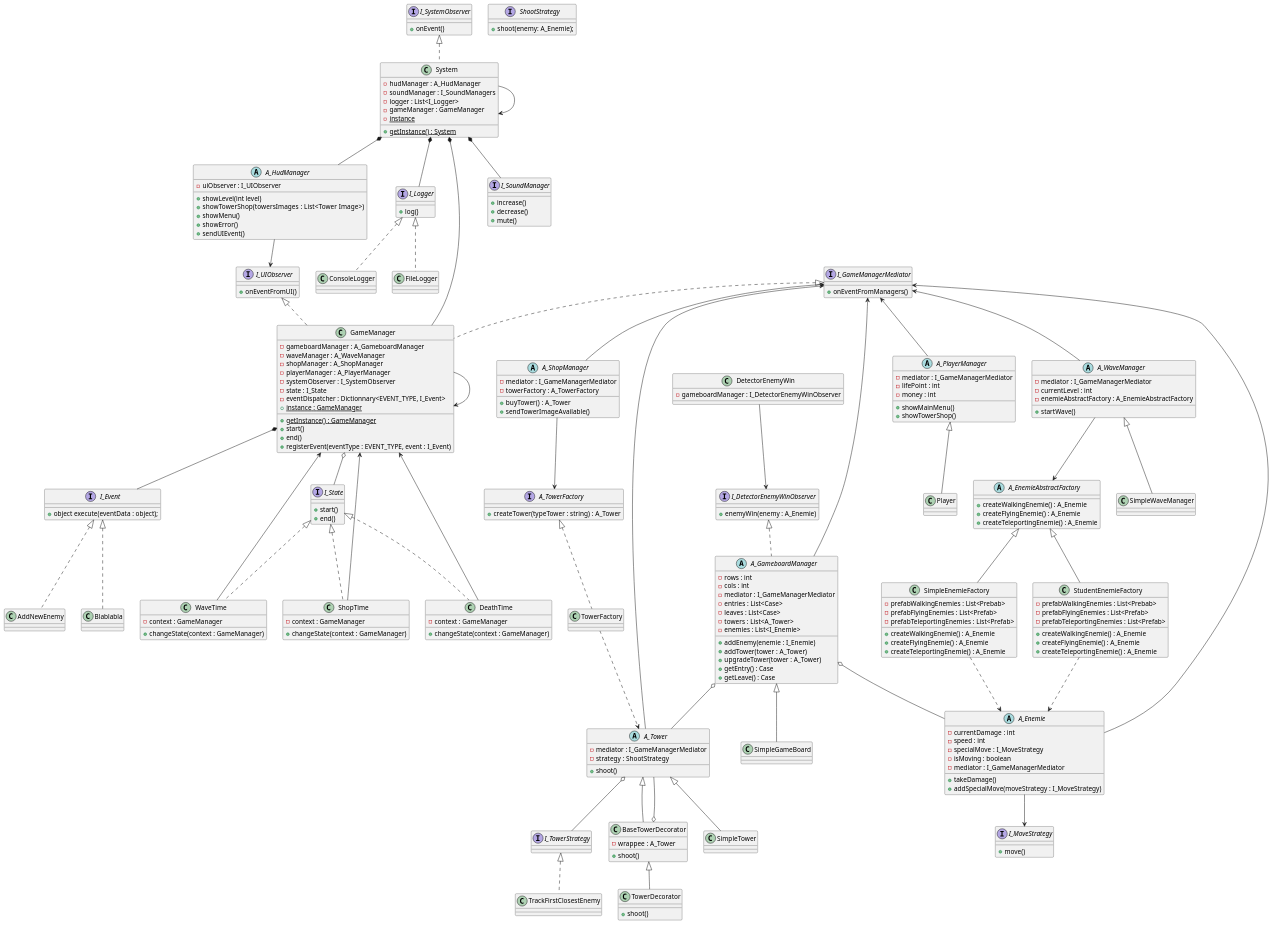
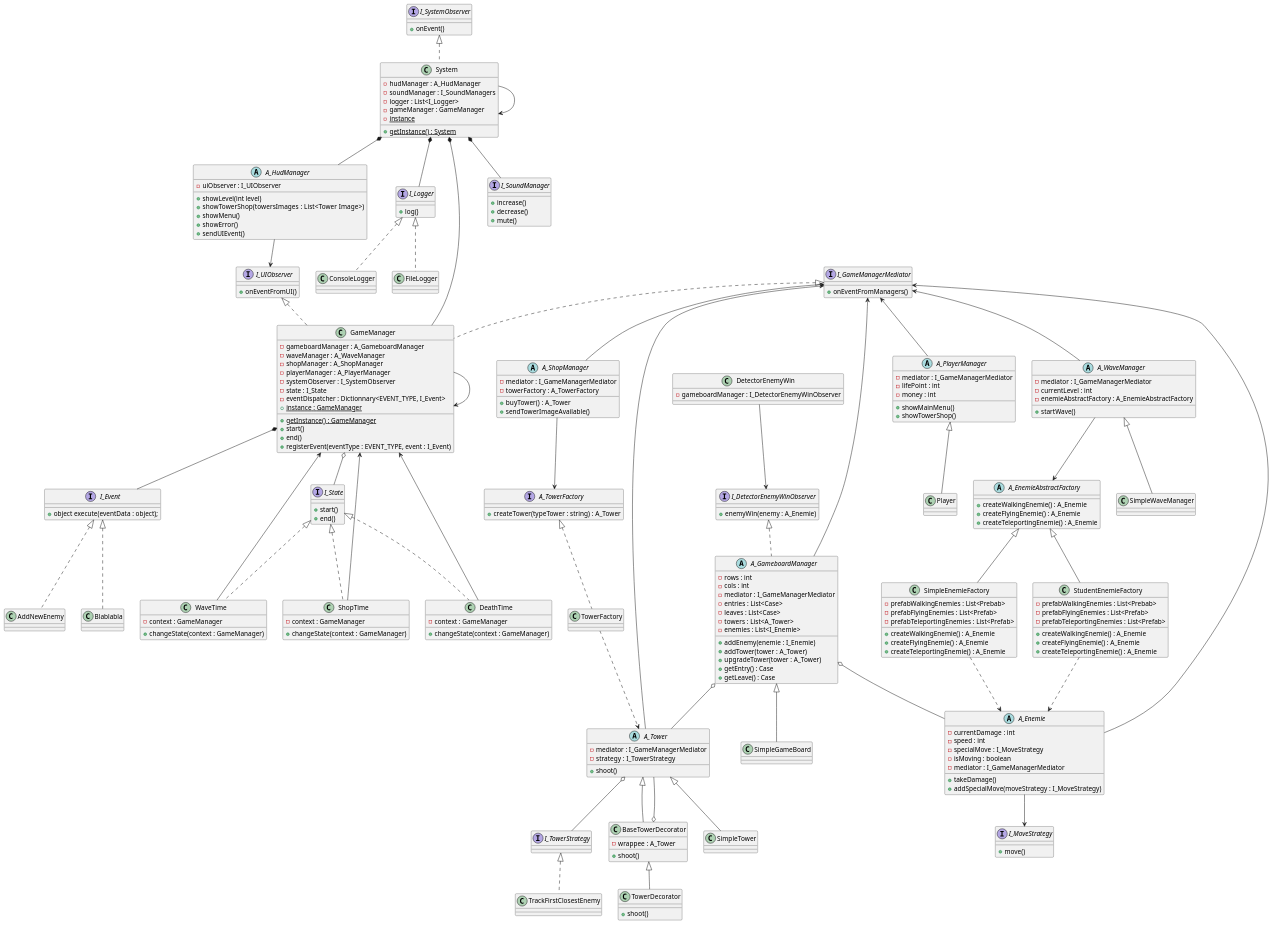
One commit to bobylatruffe/tower_defense changed the diagram in uml.plantuml. Above: the diagram before and after it, drawn with PlantUML.

Commit message:
refacto: uml

```diff
--- a/uml.plantuml
+++ b/uml.plantuml
@@ -286,7 +286,7 @@
 
 abstract class A_Tower {
     - mediator : I_GameManagerMediator
-    - strategy : ShootStrategy
+    - strategy : I_TowerStrategy
     + shoot()
 }
 
@@ -317,10 +317,6 @@
 
 }
 
-interface ShootStrategy {
-    + shoot(enemy: A_Enemie);
-}
-
 class TrackFirstClosestEnemy implements I_TowerStrategy {
     
 }
```
